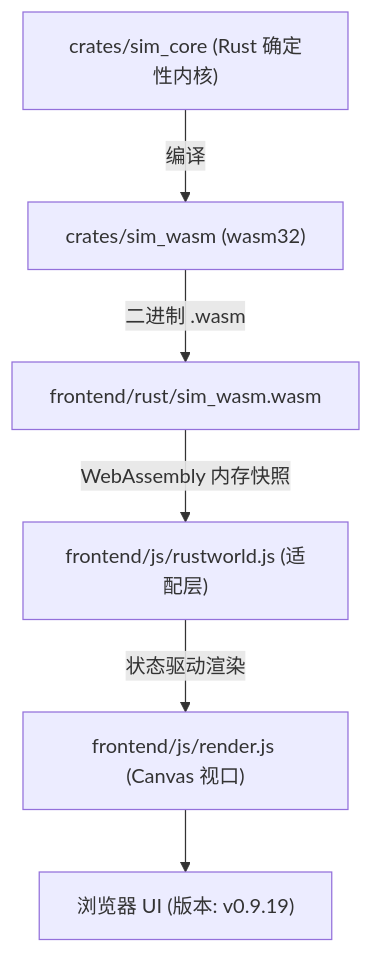
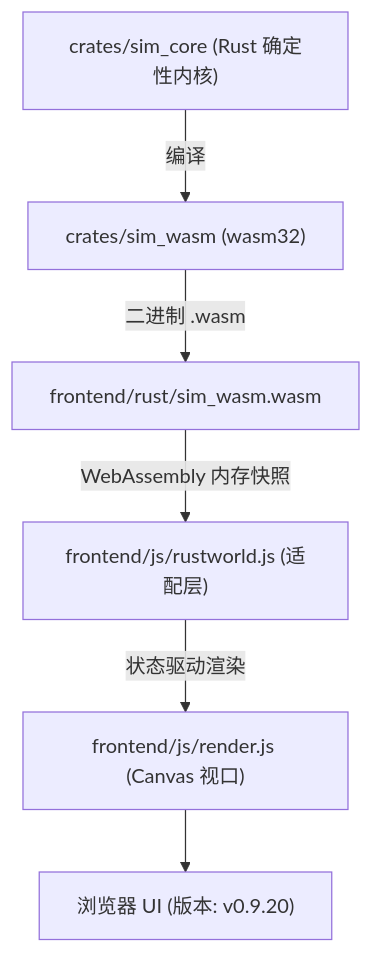
One commit to g39088902/FlowAndAccord changed the diagram in AGENTS.md. Above: the diagram before and after it, drawn with Mermaid. The commit also changed other lines of this file and 5 other files, not shown here.

````diff
--- a/AGENTS.md
+++ b/AGENTS.md
@@ -28,8 +28,8 @@
 ```mermaid
 graph TD
     A["crates/sim_core (Rust 确定性内核)"] -->|编译| B["crates/sim_wasm (wasm32)"]
     B -->|二进制 .wasm| C["frontend/rust/sim_wasm.wasm"]
     C -->|WebAssembly 内存快照| D["frontend/js/rustworld.js (适配层)"]
     D -->|状态驱动渲染| E["frontend/js/render.js (Canvas 视口)"]
-    E --> F["浏览器 UI (版本: v0.9.19)"]
+    E --> F["浏览器 UI (版本: v0.9.20)"]
 ```
````
